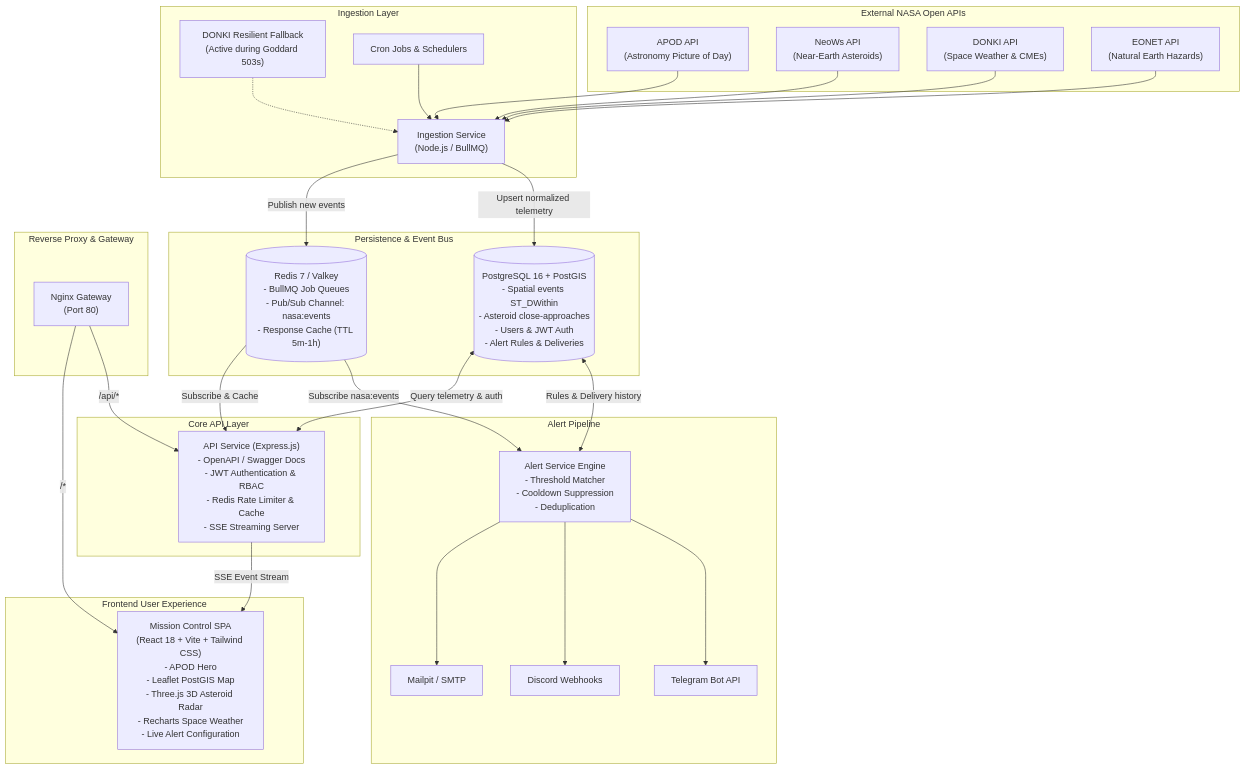
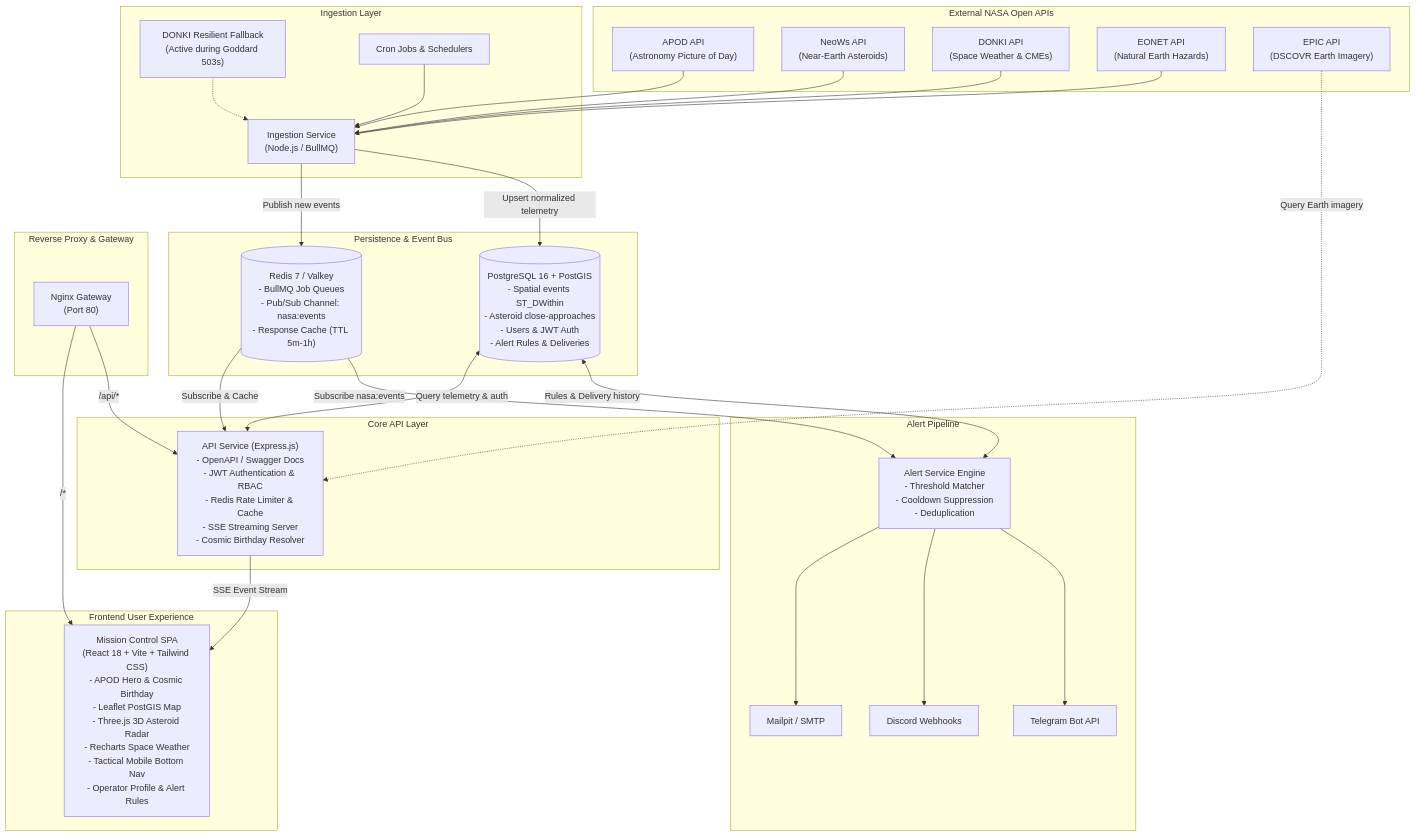
Before and after one commit to ZamanAsad007/Mission-Control: the diagram in README.md, drawn with Mermaid. The commit also changed other lines of this file, not shown here.

Commit message:
docs(readme): update system architecture, key features, api endpoints, and make commands

````diff
--- a/README.md
+++ b/README.md
@@ -17,62 +17,64 @@
 ```mermaid
 flowchart TD
     subgraph External["External NASA Open APIs"]
         APOD["APOD API<br/>(Astronomy Picture of Day)"]
         NEOWS["NeoWs API<br/>(Near-Earth Asteroids)"]
         DONKI["DONKI API<br/>(Space Weather & CMEs)"]
         EONET["EONET API<br/>(Natural Earth Hazards)"]
+        EPIC["EPIC API<br/>(DSCOVR Earth Imagery)"]
     end
 
     subgraph Ingestion["Ingestion Layer"]
         INGEST["Ingestion Service<br/>(Node.js / BullMQ)"]
         FALLBACK["DONKI Resilient Fallback<br/>(Active during Goddard 503s)"]
         SCHED["Cron Jobs & Schedulers"]
     end
 
     subgraph Data["Persistence & Event Bus"]
         PG[("PostgreSQL 16 + PostGIS<br/>- Spatial events ST_DWithin<br/>- Asteroid close-approaches<br/>- Users & JWT Auth<br/>- Alert Rules & Deliveries")]
         REDIS[("Redis 7 / Valkey<br/>- BullMQ Job Queues<br/>- Pub/Sub Channel: nasa:events<br/>- Response Cache (TTL 5m-1h)")]
     end
 
     subgraph Alerting["Alert Pipeline"]
         ALERTE["Alert Service Engine<br/>- Threshold Matcher<br/>- Cooldown Suppression<br/>- Deduplication"]
         TELEGRAM["Telegram Bot API"]
         DISCORD["Discord Webhooks"]
         MAILPIT["Mailpit / SMTP"]
     end
 
     subgraph Backend["Core API Layer"]
-        API["API Service (Express.js)<br/>- OpenAPI / Swagger Docs<br/>- JWT Authentication & RBAC<br/>- Redis Rate Limiter & Cache<br/>- SSE Streaming Server"]
+        API["API Service (Express.js)<br/>- OpenAPI / Swagger Docs<br/>- JWT Authentication & RBAC<br/>- Redis Rate Limiter & Cache<br/>- SSE Streaming Server<br/>- Cosmic Birthday Resolver"]
     end
 
     subgraph Ingress["Reverse Proxy & Gateway"]
         GATEWAY["Nginx Gateway<br/>(Port 80)"]
     end
 
     subgraph UI["Frontend User Experience"]
-        SPA["Mission Control SPA<br/>(React 18 + Vite + Tailwind CSS)<br/>- APOD Hero<br/>- Leaflet PostGIS Map<br/>- Three.js 3D Asteroid Radar<br/>- Recharts Space Weather<br/>- Live Alert Configuration"]
+        SPA["Mission Control SPA<br/>(React 18 + Vite + Tailwind CSS)<br/>- APOD Hero & Cosmic Birthday<br/>- Leaflet PostGIS Map<br/>- Three.js 3D Asteroid Radar<br/>- Recharts Space Weather<br/>- Tactical Mobile Bottom Nav<br/>- Operator Profile & Alert Rules"]
     end
 
     APOD --> INGEST
     NEOWS --> INGEST
     DONKI --> INGEST
     EONET --> INGEST
     FALLBACK -.-> INGEST
     SCHED --> INGEST
 
     INGEST -->|Upsert normalized telemetry| PG
     INGEST -->|Publish new events| REDIS
 
     REDIS -->|Subscribe nasa:events| ALERTE
     PG <-->|Rules & Delivery history| ALERTE
     ALERTE --> TELEGRAM
     ALERTE --> DISCORD
     ALERTE --> MAILPIT
 
     REDIS -->|Subscribe & Cache| API
     PG <-->|Query telemetry & auth| API
+    EPIC -.->|Query Earth imagery| API
 
     GATEWAY -->|/api/*| API
     GATEWAY -->|/*| SPA
     API -->|SSE Event Stream| SPA
 ```
````
